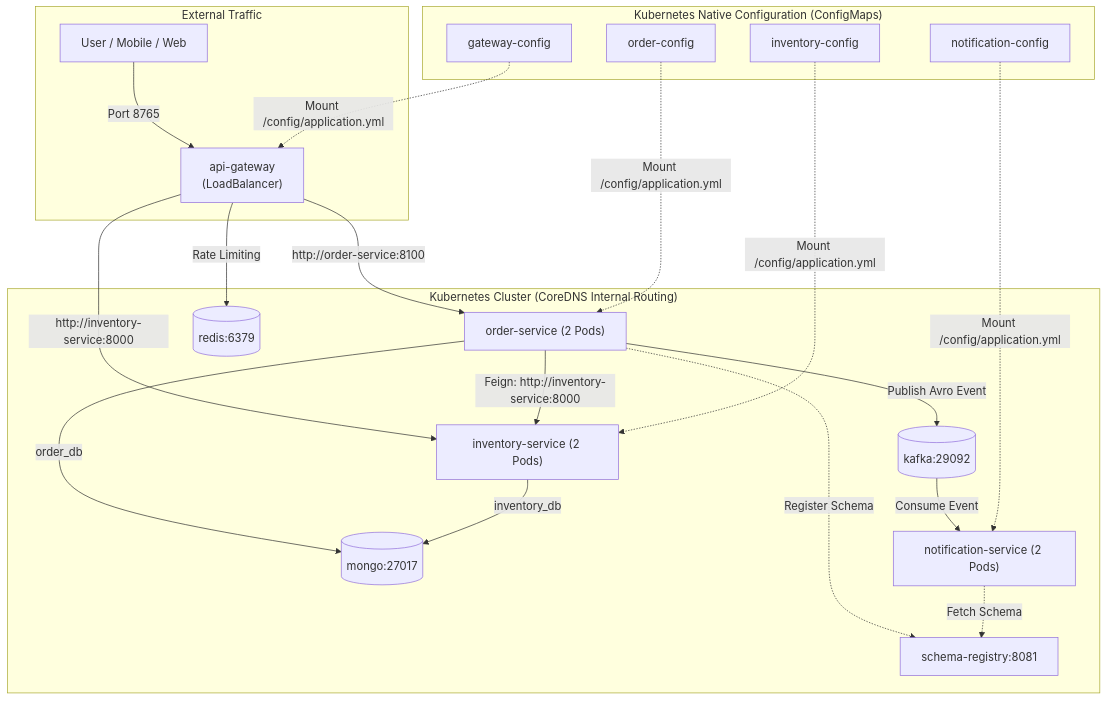
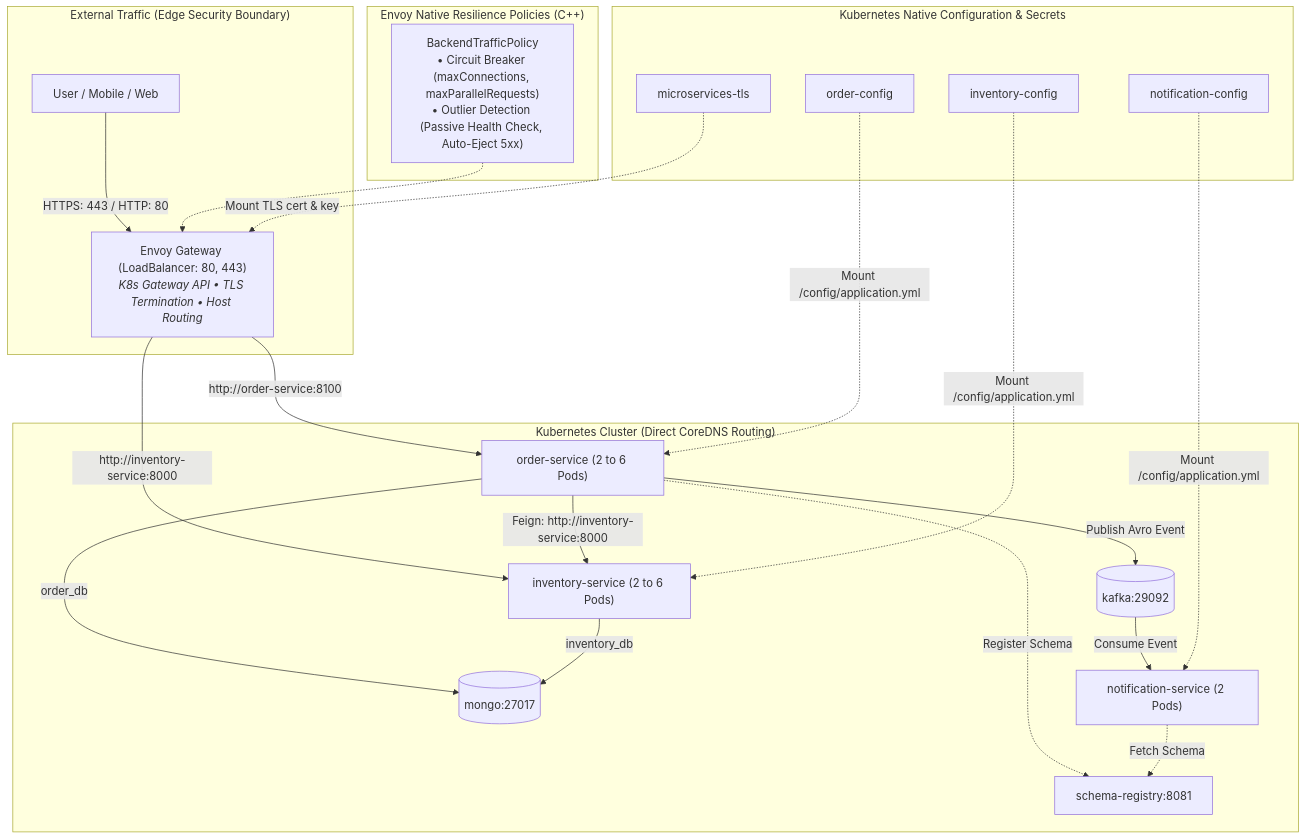
One commit to Charanraj-T/microservices changed the diagram in k8s/README.md. Above: the diagram before and after it, drawn with Mermaid. The commit also changed other lines of this file and 61 other files, not shown here.

Commit message:
envoy gateway added

````diff
--- a/k8s/README.md
+++ b/k8s/README.md
@@ -9,29 +9,32 @@
 ```mermaid
 graph TD
-    subgraph ClientTraffic["External Traffic"]
-        USER["User / Mobile / Web"] -->|Port 8765| APIGW["api-gateway<br/>(LoadBalancer)"]
+    subgraph ClientTraffic["External Traffic (Edge Security Boundary)"]
+        USER["User / Mobile / Web"] -->|HTTPS: 443 / HTTP: 80| ENVOY["Envoy Gateway (LoadBalancer: 80, 443)<br/><i>K8s Gateway API • TLS Termination • Host Routing</i>"]
     end
 
-    subgraph Mesh["Kubernetes Cluster (CoreDNS Internal Routing)"]
-        APIGW -->|http://order-service:8100| ORD["order-service (2 Pods)"]
-        APIGW -->|http://inventory-service:8000| INV["inventory-service (2 Pods)"]
-        APIGW -->|Rate Limiting| REDIS[("redis:6379")]
+    subgraph Policies["Envoy Native Resilience Policies (C++)"]
+        BTP["BackendTrafficPolicy<br/>• Circuit Breaker (maxConnections, maxParallelRequests)<br/>• Outlier Detection (Passive Health Check, Auto-Eject 5xx)"] -.-> ENVOY
+    end
+
+    subgraph Mesh["Kubernetes Cluster (Direct CoreDNS Routing)"]
+        ENVOY -->|http://order-service:8100| ORD["order-service (2 to 6 Pods)"]
+        ENVOY -->|http://inventory-service:8000| INV["inventory-service (2 to 6 Pods)"]
 
         ORD -->|Feign: http://inventory-service:8000| INV
         ORD -->|Publish Avro Event| KAFKA[("kafka:29092")]
         ORD -->|order_db| MONGO[("mongo:27017")]
 
         INV -->|inventory_db| MONGO
 
         KAFKA -->|Consume Event| NOTIF["notification-service (2 Pods)"]
         ORD -.->|Register Schema| SR["schema-registry:8081"]
         NOTIF -.->|Fetch Schema| SR
     end
 
-    subgraph CentralConfig["Kubernetes Native Configuration (ConfigMaps)"]
+    subgraph CentralConfig["Kubernetes Native Configuration & Secrets"]
         INVCONFIG["inventory-config"] -.->|Mount /config/application.yml| INV
         ORDCONFIG["order-config"] -.->|Mount /config/application.yml| ORD
         NOTIFCONFIG["notification-config"] -.->|Mount /config/application.yml| NOTIF
-        GWCONFIG["gateway-config"] -.->|Mount /config/application.yml| APIGW
+        TLSSECRET["microservices-tls"] -.->|Mount TLS cert & key| ENVOY
     end
 ```
````
